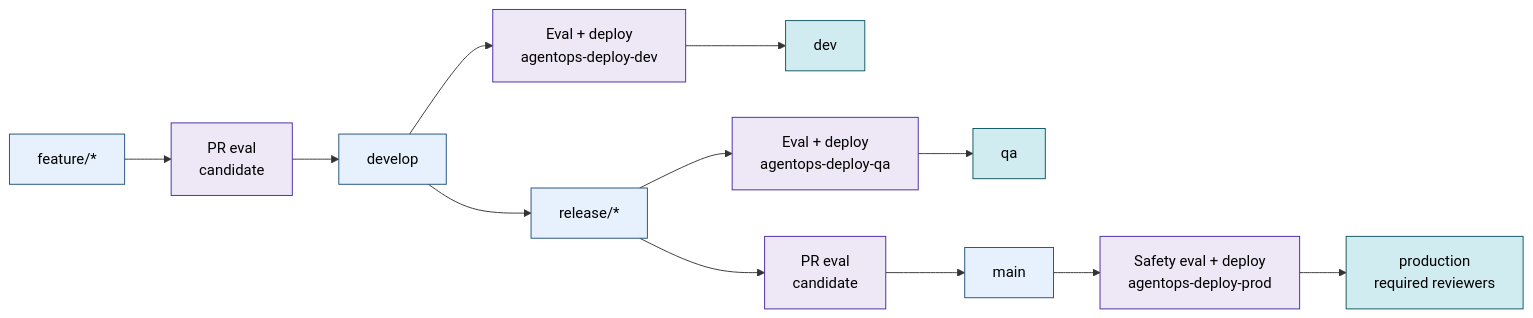
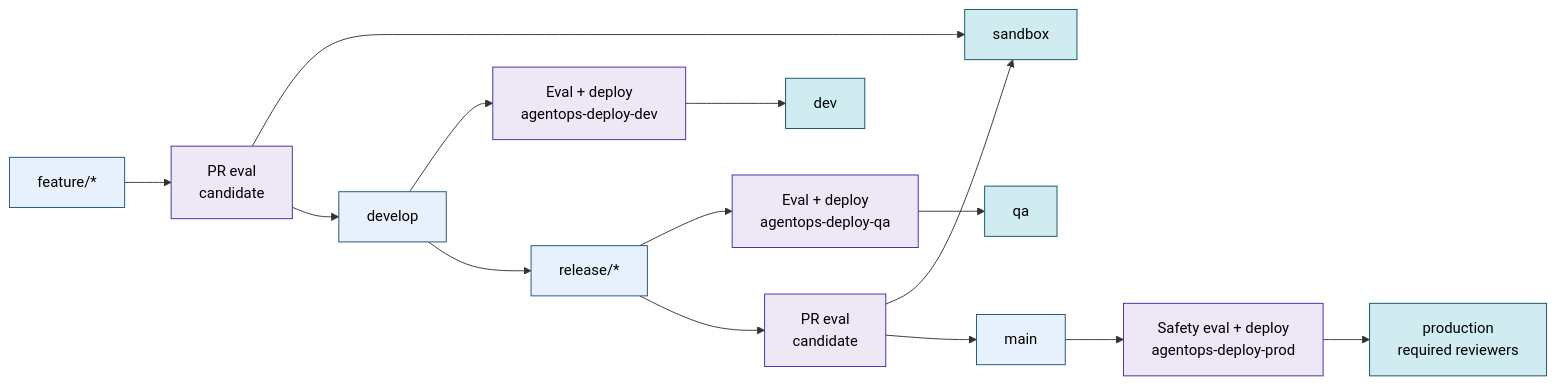
The diagram in docs/ci-github-actions.md (Azure/agentops), drawn with Mermaid before and after one commit. The commit also changed 1 other file, not shown here.

Commit message:
Show sandbox in PR candidate flow

````diff
--- a/docs/ci-github-actions.md
+++ b/docs/ci-github-actions.md
@@ -33,23 +33,25 @@
 ```mermaid
 flowchart LR
     feature["feature/*"] --> prDev["PR eval<br/>candidate"]
+    prDev --> sandbox["sandbox"]
     prDev --> develop["develop"]
     develop --> devDeploy["Eval + deploy<br/>agentops-deploy-dev"]
     devDeploy --> devEnv["dev"]
 
     develop --> release["release/*"]
     release --> qaDeploy["Eval + deploy<br/>agentops-deploy-qa"]
     qaDeploy --> qaEnv["qa"]
 
     release --> prProd["PR eval<br/>candidate"]
+    prProd --> sandbox
     prProd --> main["main"]
     main --> prodDeploy["Safety eval + deploy<br/>agentops-deploy-prod"]
     prodDeploy --> prodEnv["production<br/>required reviewers"]
 
     classDef branch fill:#e7f0fd,stroke:#1f4e79,color:#000;
     classDef pipeline fill:#ede7f6,stroke:#4527a0,color:#000;
     classDef env fill:#d1ecf1,stroke:#0c5460,color:#000;
     class feature,develop,release,main branch;
     class prDev,devDeploy,qaDeploy,prProd,prodDeploy pipeline;
-    class devEnv,qaEnv,prodEnv env;
+    class sandbox,devEnv,qaEnv,prodEnv env;
 ```
````
